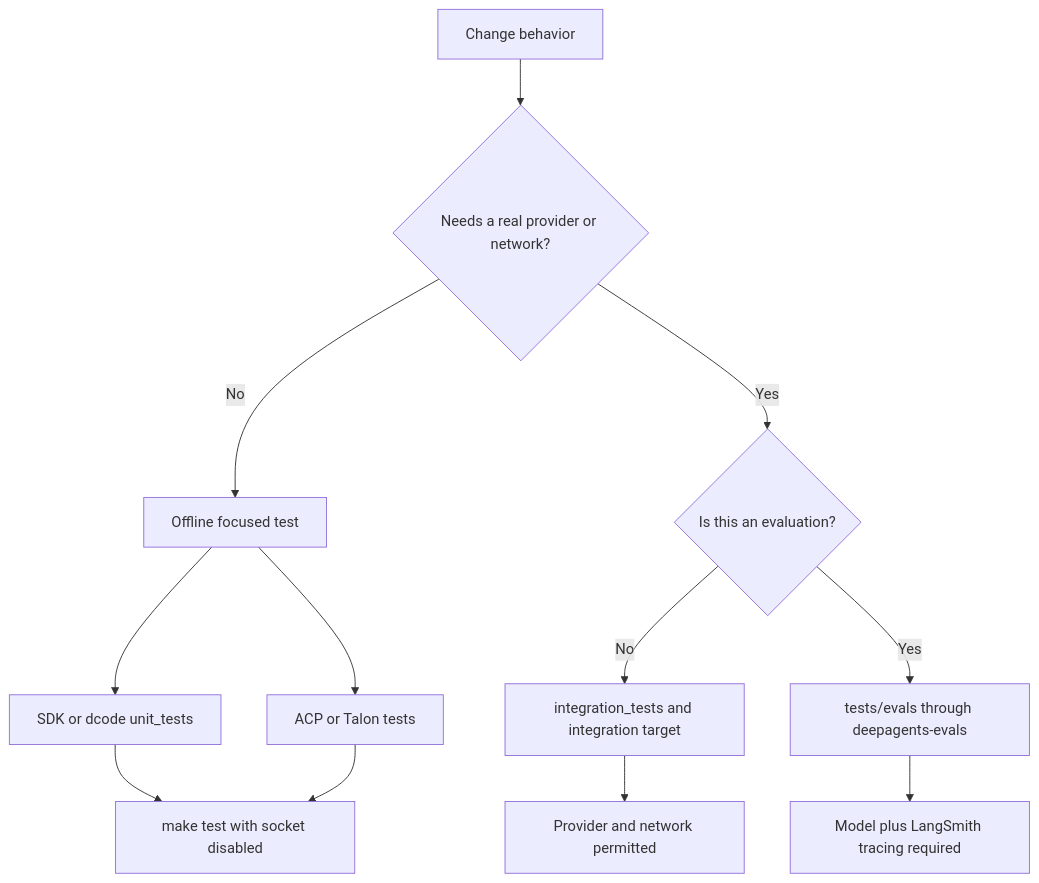
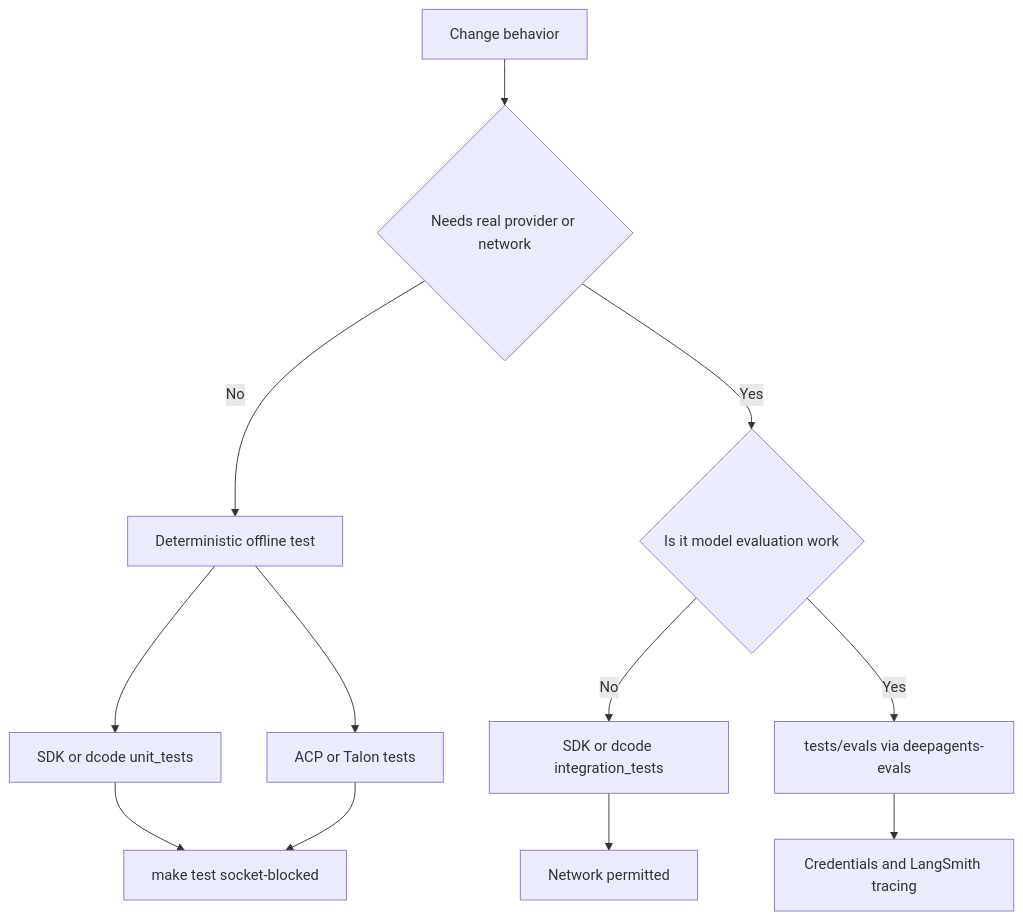
Before and after one commit to langchain-ai/deepagents: the diagram in openwiki/testing/testing-guide.md, drawn with Mermaid. The commit also changed other lines of this file and 39 other files, not shown here.

````diff
--- a/openwiki/testing/testing-guide.md
+++ b/openwiki/testing/testing-guide.md
@@ -37,14 +65,14 @@
 ```mermaid
 flowchart TD
-    Change["Change behavior"] --> Classify{"Needs a real provider or network?"}
-    Classify -->|"No"| Offline["Offline focused test"]
-    Classify -->|"Yes"| Live{"Is this an evaluation?"}
-    Offline --> Unit["SDK or dcode unit_tests"]
-    Offline --> Package["ACP or Talon tests"]
-    Unit --> Socket["make test with socket disabled"]
-    Package --> Socket
-    Live -->|"No"| Integration["integration_tests and integration target"]
-    Live -->|"Yes"| Evals["tests/evals through deepagents-evals"]
-    Integration --> Network["Provider and network permitted"]
-    Evals --> Trace["Model plus LangSmith tracing required"]
+    Change["Change behavior"] --> Classify{"Needs real provider or network"}
+    Classify -->|"No"| Offline["Deterministic offline test"]
+    Classify -->|"Yes"| EvalCheck{"Is it model evaluation work"}
+    Offline --> Core["SDK or dcode unit_tests"]
+    Offline --> Local["ACP or Talon tests"]
+    Core --> Blocked["make test socket-blocked"]
+    Local --> Blocked
+    EvalCheck -->|"No"| Integration["SDK or dcode integration_tests"]
+    EvalCheck -->|"Yes"| Evals["tests/evals via deepagents-evals"]
+    Integration --> Network["Network permitted"]
+    Evals --> Trace["Credentials and LangSmith tracing"]
 ```
````
